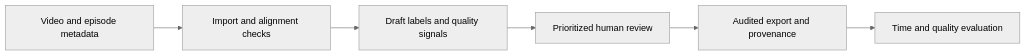
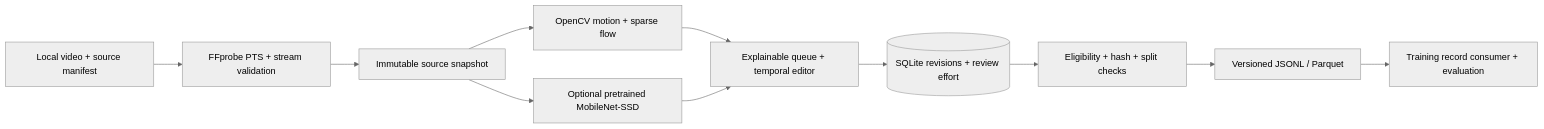
One commit to dyl-joseph/auto-robo-pipeline changed the diagram in README.md. Above: the diagram before and after it, drawn with Mermaid (neutral theme). The commit also changed other lines of this file and 42 other files, not shown here.

Commit message:
feat: ship local robot episode review and curation workflow

````diff
--- a/README.md
+++ b/README.md
@@ -36,8 +31,13 @@
 ```mermaid
 flowchart LR
-    A[Video and episode metadata] --> B[Import and alignment checks]
-    B --> C[Draft labels and quality signals]
-    C --> D[Prioritized human review]
-    D --> E[Audited export and provenance]
-    E --> F[Time and quality evaluation]
+    A[Local video + source manifest] --> B[FFprobe PTS + stream validation]
+    B --> C[Immutable source snapshot]
+    C --> D[OpenCV motion + sparse flow]
+    C --> E[Optional pretrained MobileNet-SSD]
+    D --> F[Explainable queue + temporal editor]
+    E --> F
+    F --> G[(SQLite revisions + review effort)]
+    G --> H[Eligibility + hash + split checks]
+    H --> I[Versioned JSONL / Parquet]
+    I --> J[Training record consumer + evaluation]
 ```
````
